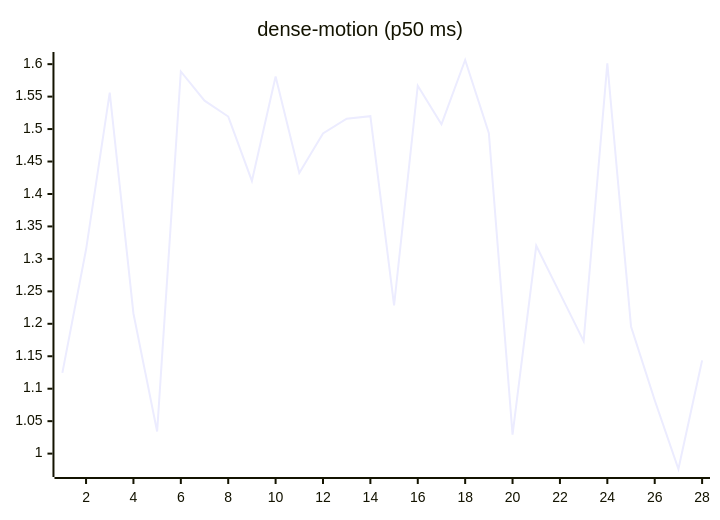
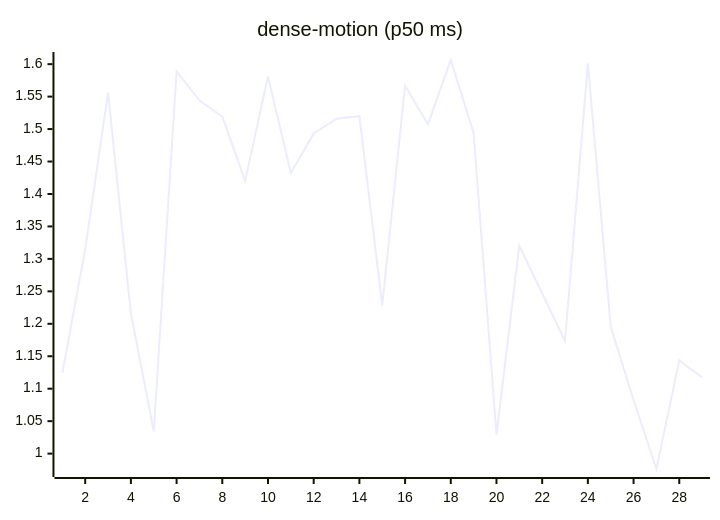
The ninth of 27 diagrams in README.md (josha/Facet), drawn with Mermaid before and after one commit. The commit also changed other lines of this file and 2 other files, not shown here.

````diff
--- a/README.md
+++ b/README.md
@@ -119,6 +119,6 @@
 ```mermaid
 xychart-beta
     title "dense-motion (p50 ms)"
-    x-axis 1 --> 28
-    line [1.1243, 1.3144, 1.5562, 1.2159, 1.0340, 1.5887, 1.5438, 1.5193, 1.4201, 1.5809, 1.4323, 1.4933, 1.5160, 1.5198, 1.2285, 1.5668, 1.5073, 1.6064, 1.4938, 1.0293, 1.3202, 1.2469, 1.1733, 1.6011, 1.1959, 1.0823, 0.9763, 1.1436]
+    x-axis 1 --> 29
+    line [1.1243, 1.3144, 1.5562, 1.2159, 1.0340, 1.5887, 1.5438, 1.5193, 1.4201, 1.5809, 1.4323, 1.4933, 1.5160, 1.5198, 1.2285, 1.5668, 1.5073, 1.6064, 1.4938, 1.0293, 1.3202, 1.2469, 1.1733, 1.6011, 1.1959, 1.0823, 0.9763, 1.1436, 1.1174]
 ```
````
